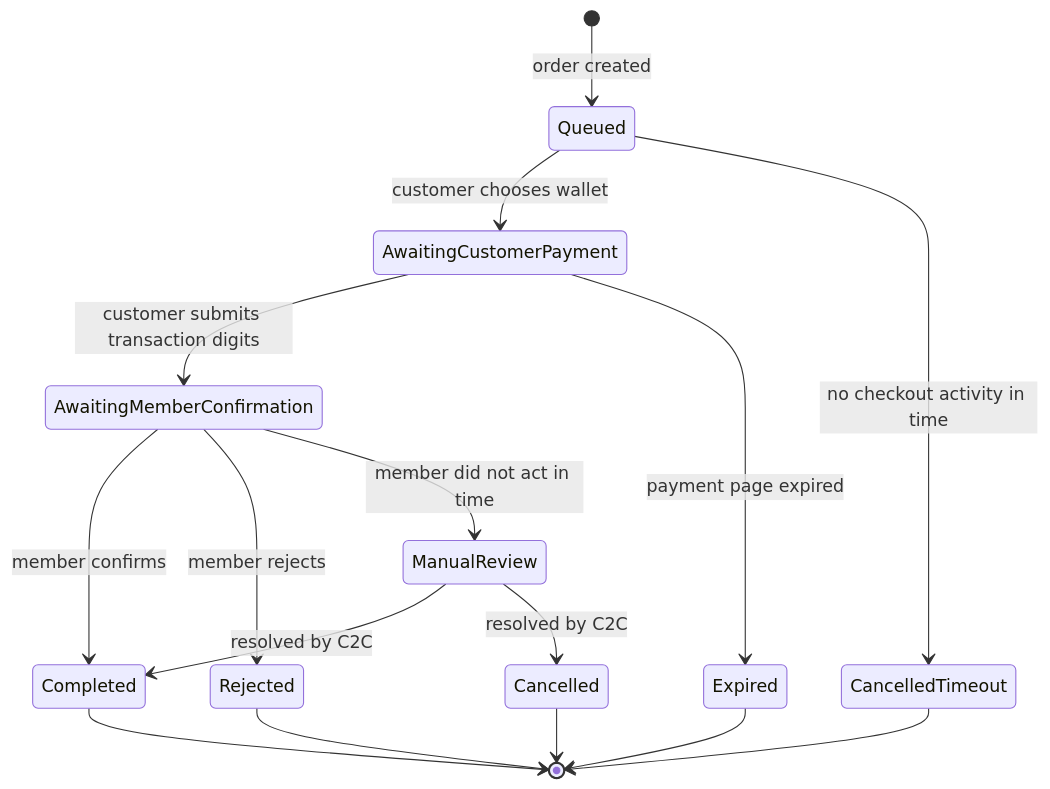
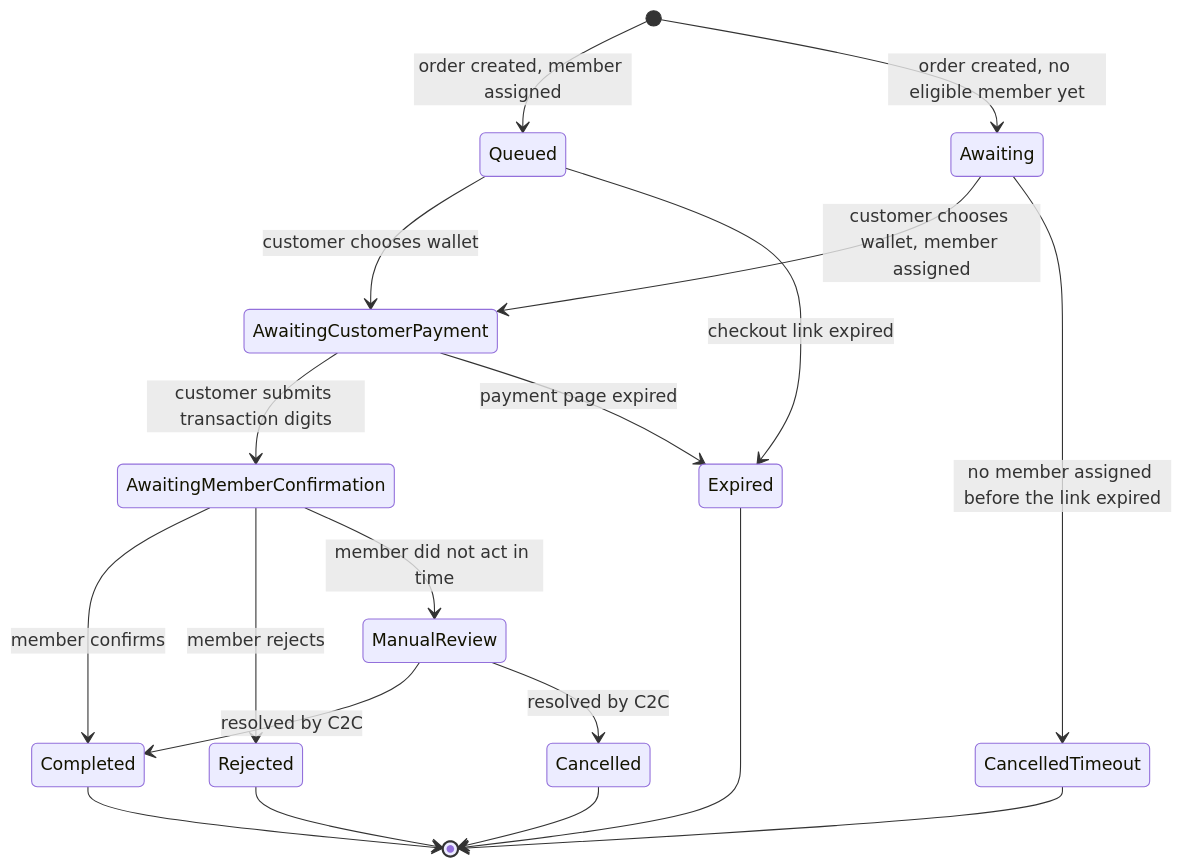
Before and after one commit to harisnaseer191/c2c-mintlify-docs: the second of 2 diagrams in guides/deposit-flow.mdx, drawn with Mermaid. The commit also changed other lines of this file and 15 other files, not shown here.

First line of the commit message:
Document order lifecycle, Awaiting queue and webhook delivery changes (#2)

````diff
--- a/guides/deposit-flow.mdx
+++ b/guides/deposit-flow.mdx
@@ -74,18 +82,21 @@
 ```mermaid
 stateDiagram-v2
-    [*] --> Queued: order created
+    [*] --> Queued: order created, member assigned
+    [*] --> Awaiting: order created, no eligible member yet
+    Awaiting --> AwaitingCustomerPayment: customer chooses wallet, member assigned
+    Awaiting --> CancelledTimeout: no member assigned before the link expired
     Queued --> AwaitingCustomerPayment: customer chooses wallet
-    Queued --> CancelledTimeout: no checkout activity in time
+    Queued --> Expired: checkout link expired
     AwaitingCustomerPayment --> AwaitingMemberConfirmation: customer submits transaction digits
     AwaitingCustomerPayment --> Expired: payment page expired
     AwaitingMemberConfirmation --> Completed: member confirms
     AwaitingMemberConfirmation --> Rejected: member rejects
     AwaitingMemberConfirmation --> ManualReview: member did not act in time
     ManualReview --> Completed: resolved by C2C
     ManualReview --> Cancelled: resolved by C2C
     Completed --> [*]
     Rejected --> [*]
     Expired --> [*]
     CancelledTimeout --> [*]
     Cancelled --> [*]
 ```
````
